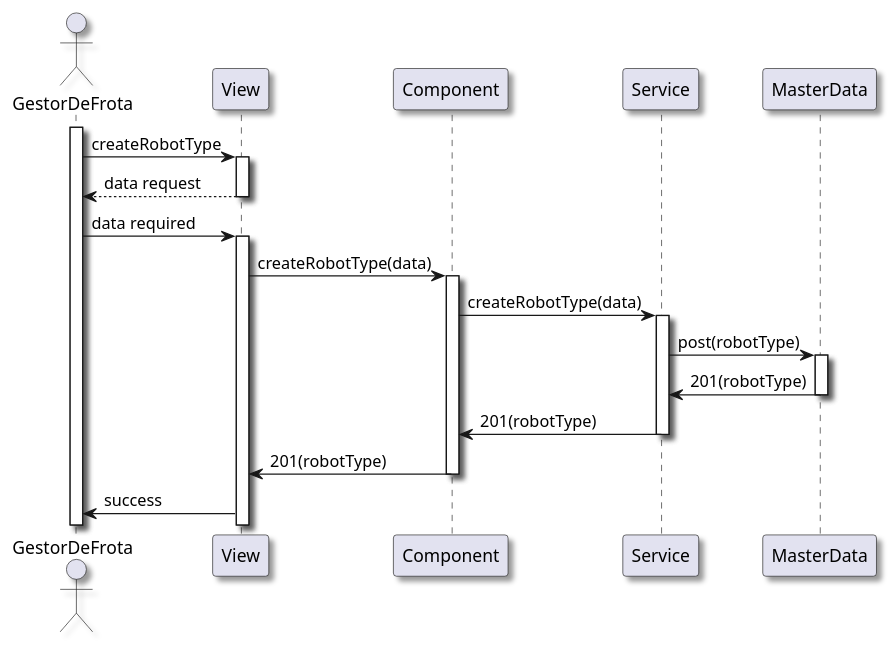
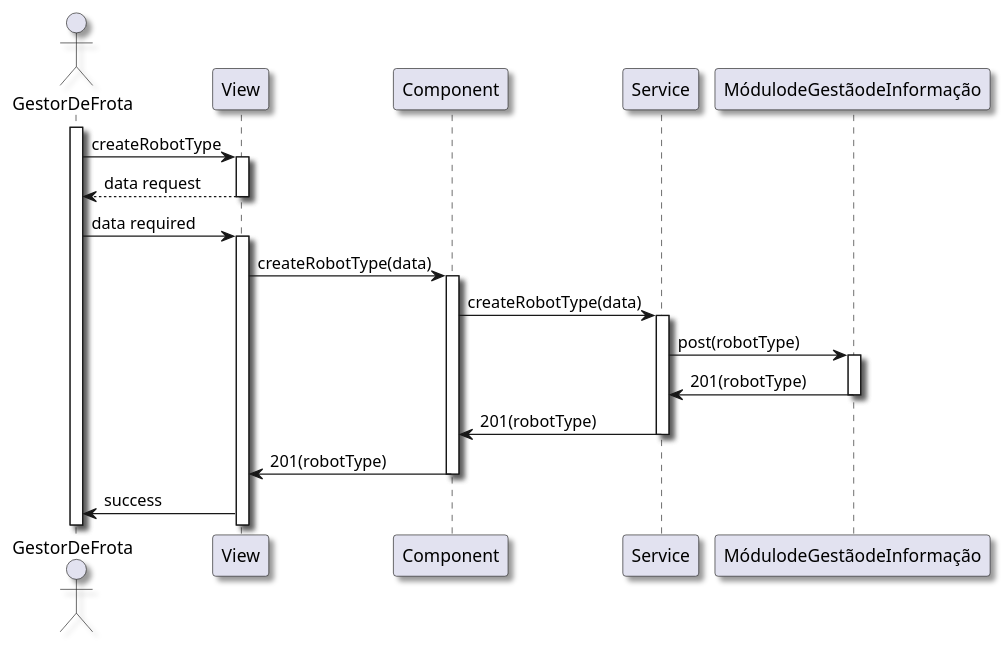
Before and after one commit to pedrocmesquita/RobDroneGo: the diagram in docs/Sprint B/1210913/us1000/us1000-NVL3.puml, drawn with PlantUML. The commit also changed 4 other files, not shown here.

```diff
--- a/docs/Sprint B/1210913/us1000/us1000-NVL3.puml
+++ b/docs/Sprint B/1210913/us1000/us1000-NVL3.puml
@@ -1,31 +1,33 @@
 @startuml
 skinparam handwritten false
 skinparam monochrome false
 skinparam packageStyle rect
 skinparam defaultFontName FG Virgil
 skinparam shadowing true
 
 actor GestorDeFrota as GestorDeFrota
+
+
 
 activate GestorDeFrota
 GestorDeFrota -> View: createRobotType
 activate View
 View --> GestorDeFrota: data request
 deactivate View
 GestorDeFrota -> View: data required
 activate View
 View -> Component: createRobotType(data)
 activate Component
 Component -> Service: createRobotType(data)
 activate Service
-Service -> MasterData: post(robotType)
-activate MasterData
-MasterData -> Service: 201(robotType)
-deactivate MasterData
+Service -> MódulodeGestãodeInformação: post(robotType)
+activate MódulodeGestãodeInformação
+MódulodeGestãodeInformação -> Service: 201(robotType)
+deactivate MódulodeGestãodeInformação
 Service -> Component: 201(robotType)
 deactivate Service
 Component -> View: 201(robotType)
 deactivate Component
 View -> GestorDeFrota: success
 
 @enduml
```
